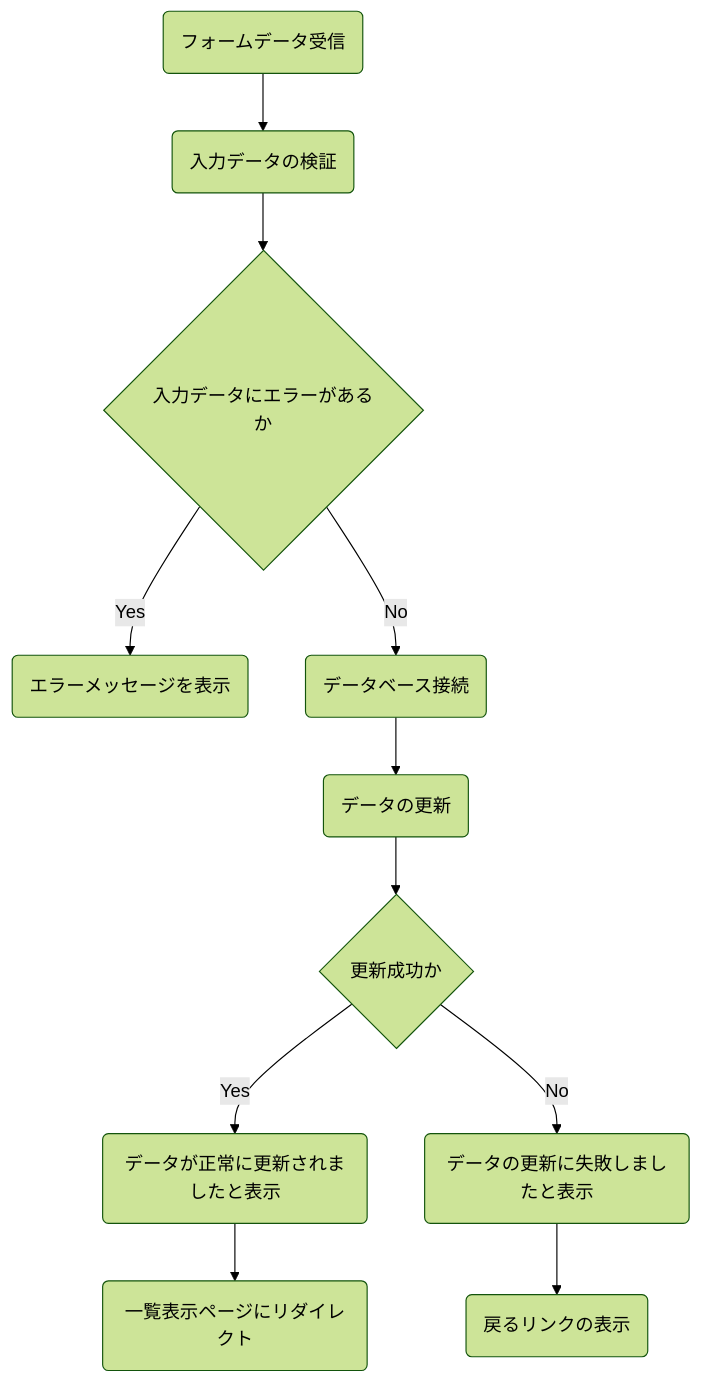
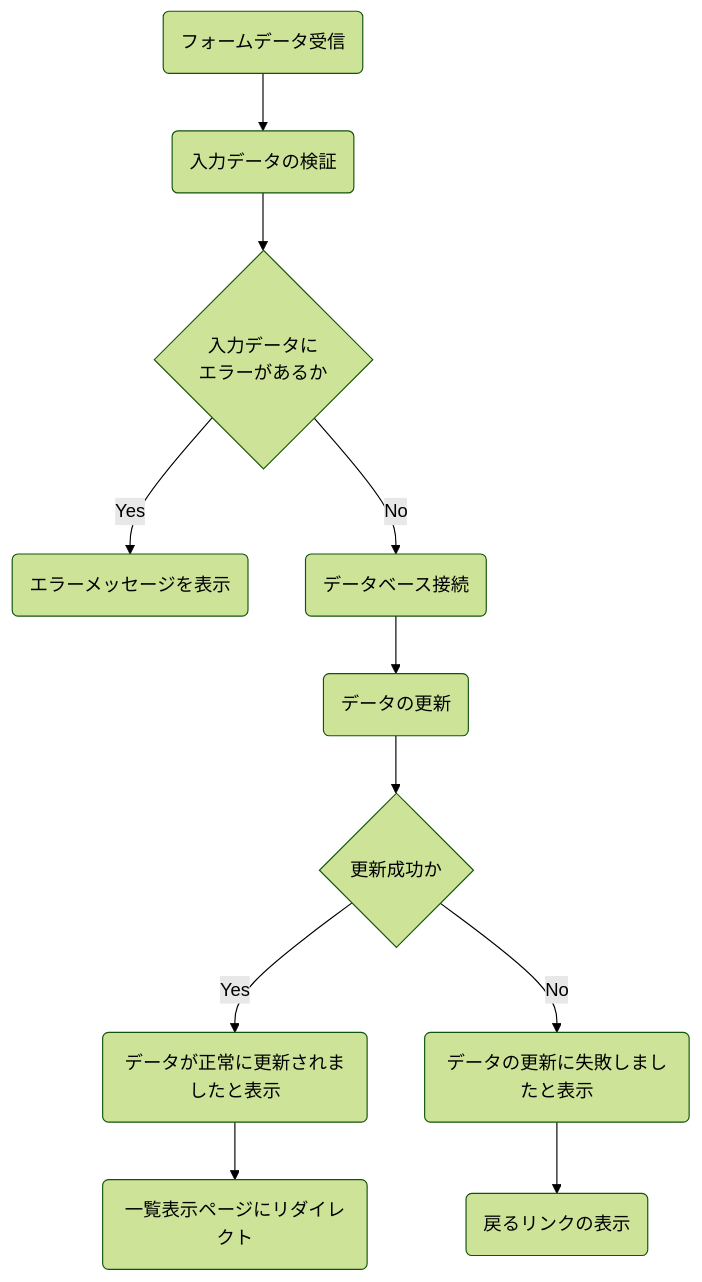
The sixth of 7 diagrams in quiz/Q07.md (KimiyukiYamauchi/php.2022), drawn with Mermaid (forest theme) before and after one commit. The commit also changed other lines of this file, not shown here.

````diff
--- a/quiz/Q07.md
+++ b/quiz/Q07.md
@@ -87,14 +87,13 @@
 ```mermaid
 graph TD
     A(フォームデータ受信) --> B(入力データの検証)
-    B --> C{入力データにエラーがあるか}
+    B --> C{入力データに<br>エラーがあるか}
     C -->|Yes| D(エラーメッセージを表示)
     C -->|No| E(データベース接続)
     E --> F(データの更新)
     F --> G{更新成功か}
     G -->|Yes| H(データが正常に更新されましたと表示)
     G -->|No| I(データの更新に失敗しましたと表示)
     H --> J(一覧表示ページにリダイレクト)
     I --> K(戻るリンクの表示)
-
 ```
````
